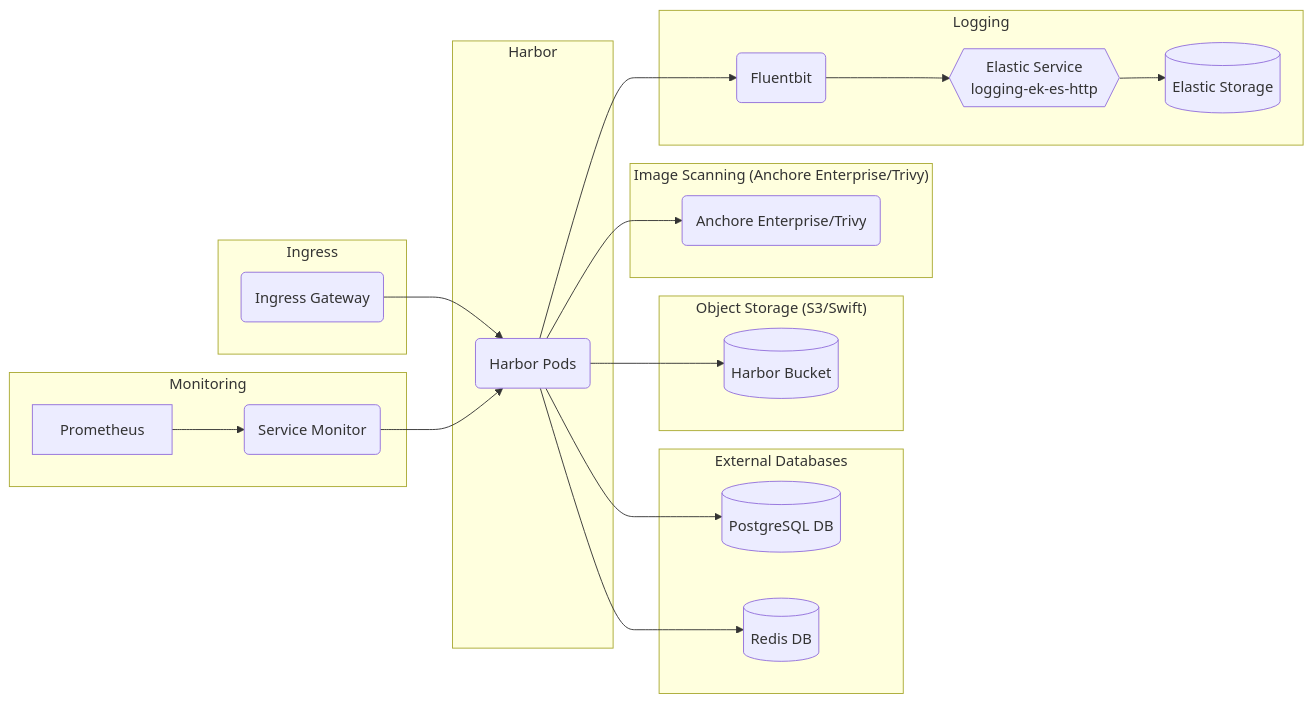
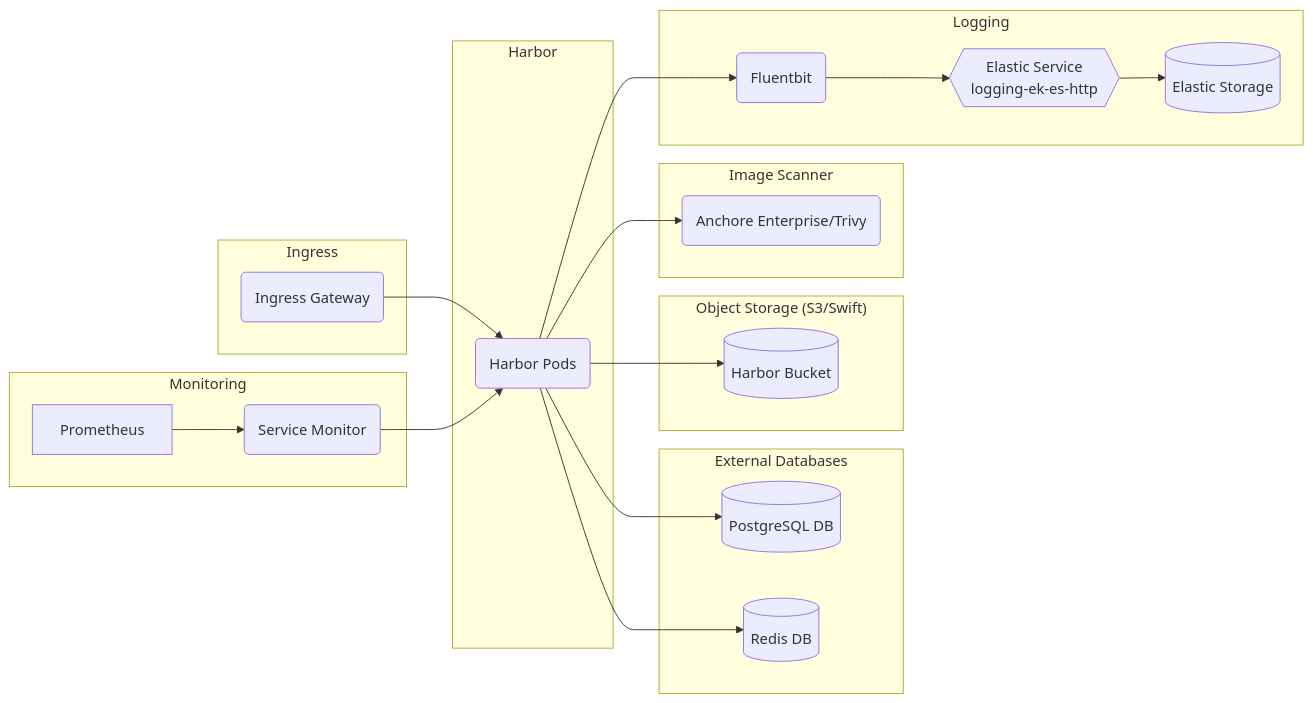
Before and after one commit to webage003/bigbangrke: the diagram in docs/understanding-bigbang/package-architecture/harbor.md, drawn with Mermaid. The commit also changed other lines of this file, not shown here.

````diff
--- a/docs/understanding-bigbang/package-architecture/harbor.md
+++ b/docs/understanding-bigbang/package-architecture/harbor.md
@@ -9,33 +9,33 @@
 ```mermaid
 graph LR
   subgraph "Harbor"
     harborpods("Harbor Pods")
   end
 
   subgraph "Ingress"
     ig(Ingress Gateway) --> harborpods("Harbor Pods")
   end
 
   subgraph "External Databases"
     harborpods("Harbor Pods") --> database1[(PostgreSQL DB)]
     harborpods("Harbor Pods") --> database2[(Redis DB)]
   end
 
   subgraph "Object Storage (S3/Swift)"
     harborpods("Harbor Pods") --> bucket[(Harbor Bucket)]
   end
 
-  subgraph "Image Scanning (Anchore Enterprise/Trivy)"
+  subgraph "Image Scanner"
     harborpods("Harbor Pods") --> Anchore("Anchore Enterprise/Trivy")
   end
 
   subgraph "Logging"
     harborpods("Harbor Pods") --> fluent(Fluentbit) --> logging-ek-es-http
     logging-ek-es-http{{Elastic Service<br />logging-ek-es-http}} --> elastic[(Elastic Storage)]
   end
 
   subgraph "Monitoring"
     svcmonitor("Service Monitor") --> harborpods("Harbor Pods")
     Prometheus --> svcmonitor("Service Monitor")
   end
 ```
````
